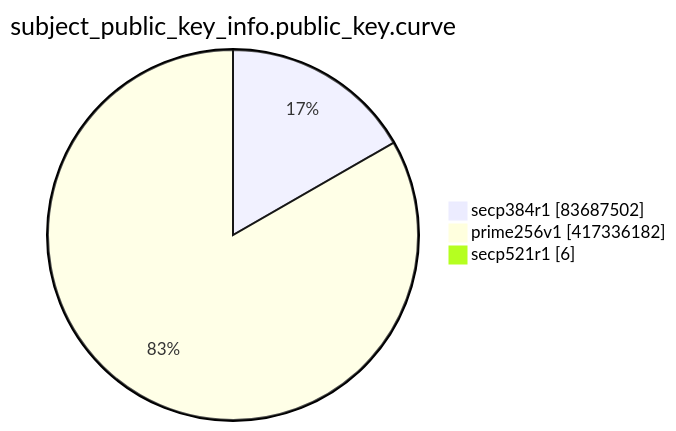
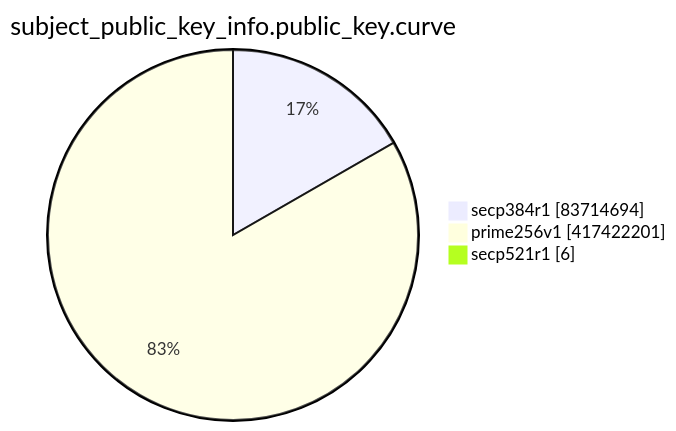
The eighth of 15 diagrams in TOTAL/README.md (christiankrug/ctmonitor_visualization), drawn with Mermaid before and after one commit. The commit also changed other lines of this file, not shown here.

````diff
--- a/TOTAL/README.md
+++ b/TOTAL/README.md
@@ -3098,7 +3098,7 @@
 ```mermaid
 pie showData
 title subject_public_key_info.public_key.curve
-"secp384r1" :83687502
-"prime256v1" :417336182
+"secp384r1" :83714694
+"prime256v1" :417422201
 "secp521r1" :6
 ```
````
